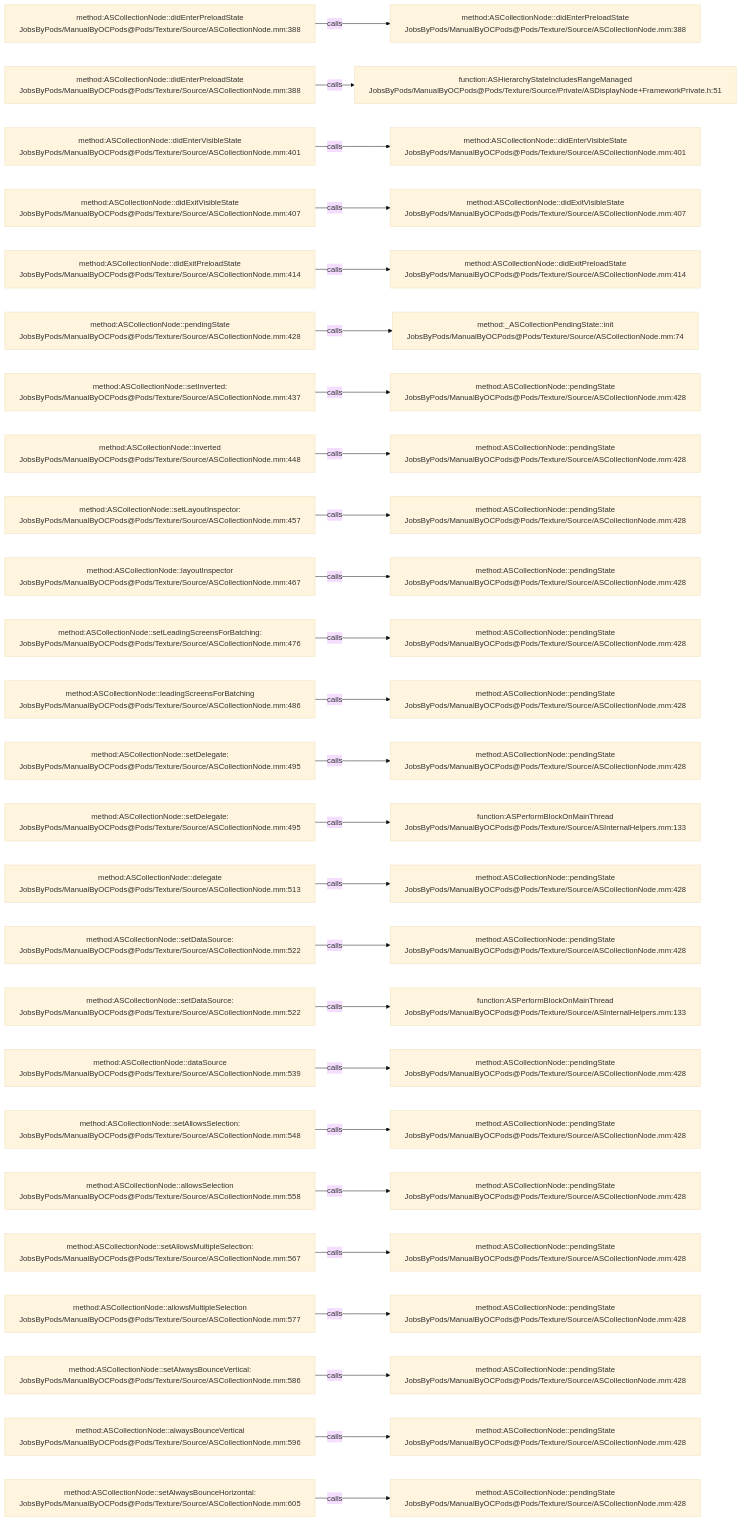
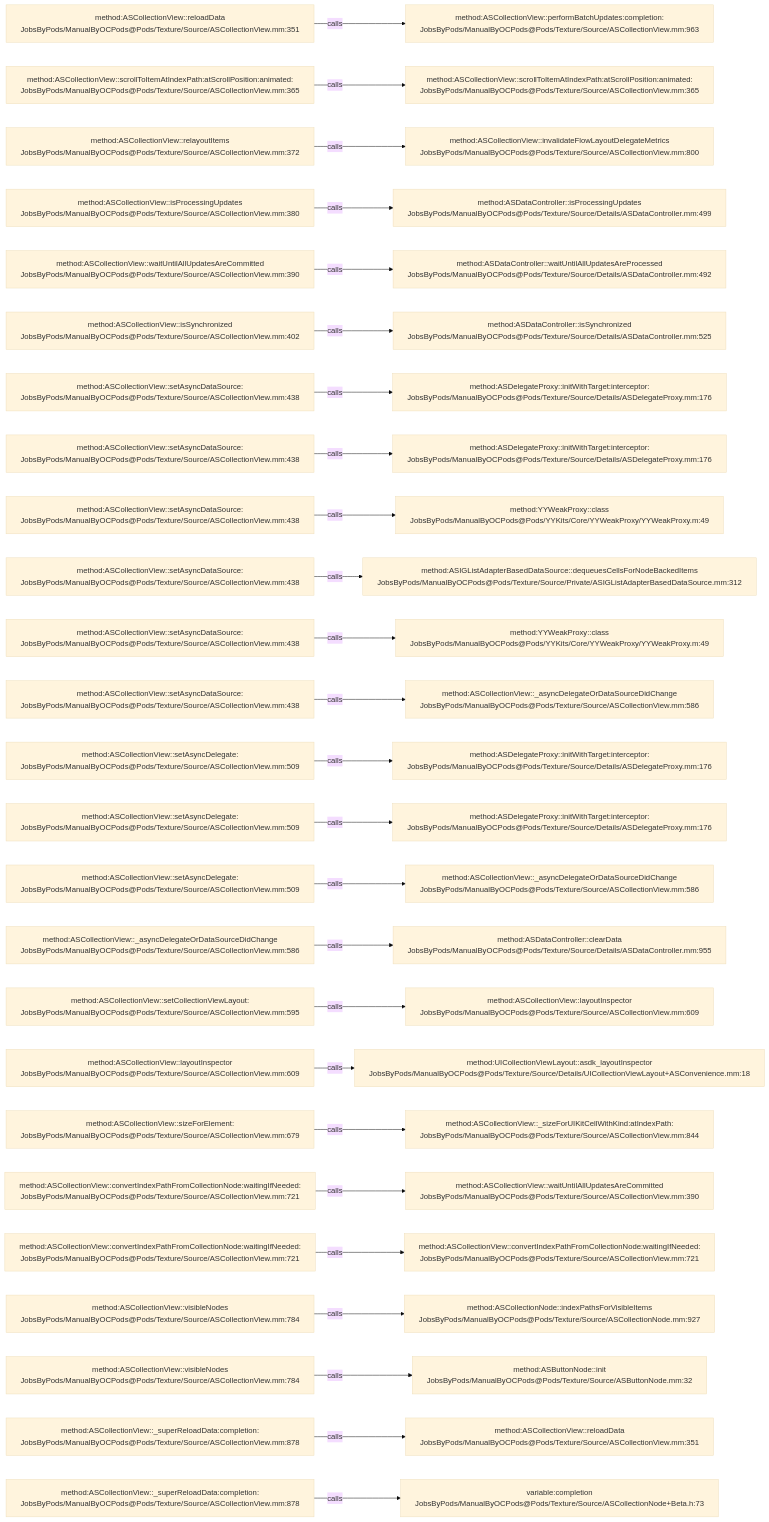
Before and after one commit to JobsKits/JobsOCBaseConfigDemo: the diagram in .codegraph/codegraph.md/graphs/calls-078.md, drawn with Mermaid (base theme). The commit also changed 1353 other files, not shown here.

````diff
--- a/.codegraph/codegraph.md/graphs/calls-078.md
+++ b/.codegraph/codegraph.md/graphs/calls-078.md
@@ -13,78 +13,78 @@
 ```mermaid
 flowchart LR
-  S1["method:ASCollectionNode::didEnterPreloadState<br/>JobsByPods/ManualByOCPods@Pods/Texture/Source/ASCollectionNode.mm:388"]
-  T1["method:ASCollectionNode::didEnterPreloadState<br/>JobsByPods/ManualByOCPods@Pods/Texture/Source/ASCollectionNode.mm:388"]
+  S1["method:ASCollectionView::reloadData<br/>JobsByPods/ManualByOCPods@Pods/Texture/Source/ASCollectionView.mm:351"]
+  T1["method:ASCollectionView::performBatchUpdates:completion:<br/>JobsByPods/ManualByOCPods@Pods/Texture/Source/ASCollectionView.mm:963"]
   S1 -->|calls| T1
-  S2["method:ASCollectionNode::didEnterPreloadState<br/>JobsByPods/ManualByOCPods@Pods/Texture/Source/ASCollectionNode.mm:388"]
-  T2["function:ASHierarchyStateIncludesRangeManaged<br/>JobsByPods/ManualByOCPods@Pods/Texture/Source/Private/ASDisplayNode+FrameworkPrivate.h:51"]
+  S2["method:ASCollectionView::scrollToItemAtIndexPath:atScrollPosition:animated:<br/>JobsByPods/ManualByOCPods@Pods/Texture/Source/ASCollectionView.mm:365"]
+  T2["method:ASCollectionView::scrollToItemAtIndexPath:atScrollPosition:animated:<br/>JobsByPods/ManualByOCPods@Pods/Texture/Source/ASCollectionView.mm:365"]
   S2 -->|calls| T2
-  S3["method:ASCollectionNode::didEnterVisibleState<br/>JobsByPods/ManualByOCPods@Pods/Texture/Source/ASCollectionNode.mm:401"]
-  T3["method:ASCollectionNode::didEnterVisibleState<br/>JobsByPods/ManualByOCPods@Pods/Texture/Source/ASCollectionNode.mm:401"]
+  S3["method:ASCollectionView::relayoutItems<br/>JobsByPods/ManualByOCPods@Pods/Texture/Source/ASCollectionView.mm:372"]
+  T3["method:ASCollectionView::invalidateFlowLayoutDelegateMetrics<br/>JobsByPods/ManualByOCPods@Pods/Texture/Source/ASCollectionView.mm:800"]
   S3 -->|calls| T3
-  S4["method:ASCollectionNode::didExitVisibleState<br/>JobsByPods/ManualByOCPods@Pods/Texture/Source/ASCollectionNode.mm:407"]
-  T4["method:ASCollectionNode::didExitVisibleState<br/>JobsByPods/ManualByOCPods@Pods/Texture/Source/ASCollectionNode.mm:407"]
+  S4["method:ASCollectionView::isProcessingUpdates<br/>JobsByPods/ManualByOCPods@Pods/Texture/Source/ASCollectionView.mm:380"]
+  T4["method:ASDataController::isProcessingUpdates<br/>JobsByPods/ManualByOCPods@Pods/Texture/Source/Details/ASDataController.mm:499"]
   S4 -->|calls| T4
-  S5["method:ASCollectionNode::didExitPreloadState<br/>JobsByPods/ManualByOCPods@Pods/Texture/Source/ASCollectionNode.mm:414"]
-  T5["method:ASCollectionNode::didExitPreloadState<br/>JobsByPods/ManualByOCPods@Pods/Texture/Source/ASCollectionNode.mm:414"]
+  S5["method:ASCollectionView::waitUntilAllUpdatesAreCommitted<br/>JobsByPods/ManualByOCPods@Pods/Texture/Source/ASCollectionView.mm:390"]
+  T5["method:ASDataController::waitUntilAllUpdatesAreProcessed<br/>JobsByPods/ManualByOCPods@Pods/Texture/Source/Details/ASDataController.mm:492"]
   S5 -->|calls| T5
-  S6["method:ASCollectionNode::pendingState<br/>JobsByPods/ManualByOCPods@Pods/Texture/Source/ASCollectionNode.mm:428"]
-  T6["method:_ASCollectionPendingState::init<br/>JobsByPods/ManualByOCPods@Pods/Texture/Source/ASCollectionNode.mm:74"]
+  S6["method:ASCollectionView::isSynchronized<br/>JobsByPods/ManualByOCPods@Pods/Texture/Source/ASCollectionView.mm:402"]
+  T6["method:ASDataController::isSynchronized<br/>JobsByPods/ManualByOCPods@Pods/Texture/Source/Details/ASDataController.mm:525"]
   S6 -->|calls| T6
-  S7["method:ASCollectionNode::setInverted:<br/>JobsByPods/ManualByOCPods@Pods/Texture/Source/ASCollectionNode.mm:437"]
-  T7["method:ASCollectionNode::pendingState<br/>JobsByPods/ManualByOCPods@Pods/Texture/Source/ASCollectionNode.mm:428"]
+  S7["method:ASCollectionView::setAsyncDataSource:<br/>JobsByPods/ManualByOCPods@Pods/Texture/Source/ASCollectionView.mm:438"]
+  T7["method:ASDelegateProxy::initWithTarget:interceptor:<br/>JobsByPods/ManualByOCPods@Pods/Texture/Source/Details/ASDelegateProxy.mm:176"]
   S7 -->|calls| T7
-  S8["method:ASCollectionNode::inverted<br/>JobsByPods/ManualByOCPods@Pods/Texture/Source/ASCollectionNode.mm:448"]
-  T8["method:ASCollectionNode::pendingState<br/>JobsByPods/ManualByOCPods@Pods/Texture/Source/ASCollectionNode.mm:428"]
+  S8["method:ASCollectionView::setAsyncDataSource:<br/>JobsByPods/ManualByOCPods@Pods/Texture/Source/ASCollectionView.mm:438"]
+  T8["method:ASDelegateProxy::initWithTarget:interceptor:<br/>JobsByPods/ManualByOCPods@Pods/Texture/Source/Details/ASDelegateProxy.mm:176"]
   S8 -->|calls| T8
-  S9["method:ASCollectionNode::setLayoutInspector:<br/>JobsByPods/ManualByOCPods@Pods/Texture/Source/ASCollectionNode.mm:457"]
-  T9["method:ASCollectionNode::pendingState<br/>JobsByPods/ManualByOCPods@Pods/Texture/Source/ASCollectionNode.mm:428"]
+  S9["method:ASCollectionView::setAsyncDataSource:<br/>JobsByPods/ManualByOCPods@Pods/Texture/Source/ASCollectionView.mm:438"]
+  T9["method:YYWeakProxy::class<br/>JobsByPods/ManualByOCPods@Pods/YYKits/Core/YYWeakProxy/YYWeakProxy.m:49"]
   S9 -->|calls| T9
-  S10["method:ASCollectionNode::layoutInspector<br/>JobsByPods/ManualByOCPods@Pods/Texture/Source/ASCollectionNode.mm:467"]
-  T10["method:ASCollectionNode::pendingState<br/>JobsByPods/ManualByOCPods@Pods/Texture/Source/ASCollectionNode.mm:428"]
+  S10["method:ASCollectionView::setAsyncDataSource:<br/>JobsByPods/ManualByOCPods@Pods/Texture/Source/ASCollectionView.mm:438"]
+  T10["method:ASIGListAdapterBasedDataSource::dequeuesCellsForNodeBackedItems<br/>JobsByPods/ManualByOCPods@Pods/Texture/Source/Private/ASIGListAdapterBasedDataSource.mm:312"]
   S10 -->|calls| T10
-  S11["method:ASCollectionNode::setLeadingScreensForBatching:<br/>JobsByPods/ManualByOCPods@Pods/Texture/Source/ASCollectionNode.mm:476"]
-  T11["method:ASCollectionNode::pendingState<br/>JobsByPods/ManualByOCPods@Pods/Texture/Source/ASCollectionNode.mm:428"]
+  S11["method:ASCollectionView::setAsyncDataSource:<br/>JobsByPods/ManualByOCPods@Pods/Texture/Source/ASCollectionView.mm:438"]
+  T11["method:YYWeakProxy::class<br/>JobsByPods/ManualByOCPods@Pods/YYKits/Core/YYWeakProxy/YYWeakProxy.m:49"]
   S11 -->|calls| T11
-  S12["method:ASCollectionNode::leadingScreensForBatching<br/>JobsByPods/ManualByOCPods@Pods/Texture/Source/ASCollectionNode.mm:486"]
-  T12["method:ASCollectionNode::pendingState<br/>JobsByPods/ManualByOCPods@Pods/Texture/Source/ASCollectionNode.mm:428"]
+  S12["method:ASCollectionView::setAsyncDataSource:<br/>JobsByPods/ManualByOCPods@Pods/Texture/Source/ASCollectionView.mm:438"]
+  T12["method:ASCollectionView::_asyncDelegateOrDataSourceDidChange<br/>JobsByPods/ManualByOCPods@Pods/Texture/Source/ASCollectionView.mm:586"]
   S12 -->|calls| T12
-  S13["method:ASCollectionNode::setDelegate:<br/>JobsByPods/ManualByOCPods@Pods/Texture/Source/ASCollectionNode.mm:495"]
-  T13["method:ASCollectionNode::pendingState<br/>JobsByPods/ManualByOCPods@Pods/Texture/Source/ASCollectionNode.mm:428"]
+  S13["method:ASCollectionView::setAsyncDelegate:<br/>JobsByPods/ManualByOCPods@Pods/Texture/Source/ASCollectionView.mm:509"]
+  T13["method:ASDelegateProxy::initWithTarget:interceptor:<br/>JobsByPods/ManualByOCPods@Pods/Texture/Source/Details/ASDelegateProxy.mm:176"]
   S13 -->|calls| T13
-  S14["method:ASCollectionNode::setDelegate:<br/>JobsByPods/ManualByOCPods@Pods/Texture/Source/ASCollectionNode.mm:495"]
-  T14["function:ASPerformBlockOnMainThread<br/>JobsByPods/ManualByOCPods@Pods/Texture/Source/ASInternalHelpers.mm:133"]
+  S14["method:ASCollectionView::setAsyncDelegate:<br/>JobsByPods/ManualByOCPods@Pods/Texture/Source/ASCollectionView.mm:509"]
+  T14["method:ASDelegateProxy::initWithTarget:interceptor:<br/>JobsByPods/ManualByOCPods@Pods/Texture/Source/Details/ASDelegateProxy.mm:176"]
   S14 -->|calls| T14
-  S15["method:ASCollectionNode::delegate<br/>JobsByPods/ManualByOCPods@Pods/Texture/Source/ASCollectionNode.mm:513"]
-  T15["method:ASCollectionNode::pendingState<br/>JobsByPods/ManualByOCPods@Pods/Texture/Source/ASCollectionNode.mm:428"]
+  S15["method:ASCollectionView::setAsyncDelegate:<br/>JobsByPods/ManualByOCPods@Pods/Texture/Source/ASCollectionView.mm:509"]
+  T15["method:ASCollectionView::_asyncDelegateOrDataSourceDidChange<br/>JobsByPods/ManualByOCPods@Pods/Texture/Source/ASCollectionView.mm:586"]
   S15 -->|calls| T15
-  S16["method:ASCollectionNode::setDataSource:<br/>JobsByPods/ManualByOCPods@Pods/Texture/Source/ASCollectionNode.mm:522"]
-  T16["method:ASCollectionNode::pendingState<br/>JobsByPods/ManualByOCPods@Pods/Texture/Source/ASCollectionNode.mm:428"]
+  S16["method:ASCollectionView::_asyncDelegateOrDataSourceDidChange<br/>JobsByPods/ManualByOCPods@Pods/Texture/Source/ASCollectionView.mm:586"]
+  T16["method:ASDataController::clearData<br/>JobsByPods/ManualByOCPods@Pods/Texture/Source/Details/ASDataController.mm:955"]
   S16 -->|calls| T16
-  S17["method:ASCollectionNode::setDataSource:<br/>JobsByPods/ManualByOCPods@Pods/Texture/Source/ASCollectionNode.mm:522"]
-  T17["function:ASPerformBlockOnMainThread<br/>JobsByPods/ManualByOCPods@Pods/Texture/Source/ASInternalHelpers.mm:133"]
+  S17["method:ASCollectionView::setCollectionViewLayout:<br/>JobsByPods/ManualByOCPods@Pods/Texture/Source/ASCollectionView.mm:595"]
+  T17["method:ASCollectionView::layoutInspector<br/>JobsByPods/ManualByOCPods@Pods/Texture/Source/ASCollectionView.mm:609"]
   S17 -->|calls| T17
-  S18["method:ASCollectionNode::dataSource<br/>JobsByPods/ManualByOCPods@Pods/Texture/Source/ASCollectionNode.mm:539"]
-  T18["method:ASCollectionNode::pendingState<br/>JobsByPods/ManualByOCPods@Pods/Texture/Source/ASCollectionNode.mm:428"]
+  S18["method:ASCollectionView::layoutInspector<br/>JobsByPods/ManualByOCPods@Pods/Texture/Source/ASCollectionView.mm:609"]
+  T18["method:UICollectionViewLayout::asdk_layoutInspector<br/>JobsByPods/ManualByOCPods@Pods/Texture/Source/Details/UICollectionViewLayout+ASConvenience.mm:18"]
   S18 -->|calls| T18
-  S19["method:ASCollectionNode::setAllowsSelection:<br/>JobsByPods/ManualByOCPods@Pods/Texture/Source/ASCollectionNode.mm:548"]
-  T19["method:ASCollectionNode::pendingState<br/>JobsByPods/ManualByOCPods@Pods/Texture/Source/ASCollectionNode.mm:428"]
+  S19["method:ASCollectionView::sizeForElement:<br/>JobsByPods/ManualByOCPods@Pods/Texture/Source/ASCollectionView.mm:679"]
+  T19["method:ASCollectionView::_sizeForUIKitCellWithKind:atIndexPath:<br/>JobsByPods/ManualByOCPods@Pods/Texture/Source/ASCollectionView.mm:844"]
   S19 -->|calls| T19
-  S20["method:ASCollectionNode::allowsSelection<br/>JobsByPods/ManualByOCPods@Pods/Texture/Source/ASCollectionNode.mm:558"]
-  T20["method:ASCollectionNode::pendingState<br/>JobsByPods/ManualByOCPods@Pods/Texture/Source/ASCollectionNode.mm:428"]
+  S20["method:ASCollectionView::convertIndexPathFromCollectionNode:waitingIfNeeded:<br/>JobsByPods/ManualByOCPods@Pods/Texture/Source/ASCollectionView.mm:721"]
+  T20["method:ASCollectionView::waitUntilAllUpdatesAreCommitted<br/>JobsByPods/ManualByOCPods@Pods/Texture/Source/ASCollectionView.mm:390"]
   S20 -->|calls| T20
-  S21["method:ASCollectionNode::setAllowsMultipleSelection:<br/>JobsByPods/ManualByOCPods@Pods/Texture/Source/ASCollectionNode.mm:567"]
-  T21["method:ASCollectionNode::pendingState<br/>JobsByPods/ManualByOCPods@Pods/Texture/Source/ASCollectionNode.mm:428"]
+  S21["method:ASCollectionView::convertIndexPathFromCollectionNode:waitingIfNeeded:<br/>JobsByPods/ManualByOCPods@Pods/Texture/Source/ASCollectionView.mm:721"]
+  T21["method:ASCollectionView::convertIndexPathFromCollectionNode:waitingIfNeeded:<br/>JobsByPods/ManualByOCPods@Pods/Texture/Source/ASCollectionView.mm:721"]
   S21 -->|calls| T21
-  S22["method:ASCollectionNode::allowsMultipleSelection<br/>JobsByPods/ManualByOCPods@Pods/Texture/Source/ASCollectionNode.mm:577"]
-  T22["method:ASCollectionNode::pendingState<br/>JobsByPods/ManualByOCPods@Pods/Texture/Source/ASCollectionNode.mm:428"]
+  S22["method:ASCollectionView::visibleNodes<br/>JobsByPods/ManualByOCPods@Pods/Texture/Source/ASCollectionView.mm:784"]
+  T22["method:ASCollectionNode::indexPathsForVisibleItems<br/>JobsByPods/ManualByOCPods@Pods/Texture/Source/ASCollectionNode.mm:927"]
   S22 -->|calls| T22
-  S23["method:ASCollectionNode::setAlwaysBounceVertical:<br/>JobsByPods/ManualByOCPods@Pods/Texture/Source/ASCollectionNode.mm:586"]
-  T23["method:ASCollectionNode::pendingState<br/>JobsByPods/ManualByOCPods@Pods/Texture/Source/ASCollectionNode.mm:428"]
+  S23["method:ASCollectionView::visibleNodes<br/>JobsByPods/ManualByOCPods@Pods/Texture/Source/ASCollectionView.mm:784"]
+  T23["method:ASButtonNode::init<br/>JobsByPods/ManualByOCPods@Pods/Texture/Source/ASButtonNode.mm:32"]
   S23 -->|calls| T23
-  S24["method:ASCollectionNode::alwaysBounceVertical<br/>JobsByPods/ManualByOCPods@Pods/Texture/Source/ASCollectionNode.mm:596"]
-  T24["method:ASCollectionNode::pendingState<br/>JobsByPods/ManualByOCPods@Pods/Texture/Source/ASCollectionNode.mm:428"]
+  S24["method:ASCollectionView::_superReloadData:completion:<br/>JobsByPods/ManualByOCPods@Pods/Texture/Source/ASCollectionView.mm:878"]
+  T24["method:ASCollectionView::reloadData<br/>JobsByPods/ManualByOCPods@Pods/Texture/Source/ASCollectionView.mm:351"]
   S24 -->|calls| T24
-  S25["method:ASCollectionNode::setAlwaysBounceHorizontal:<br/>JobsByPods/ManualByOCPods@Pods/Texture/Source/ASCollectionNode.mm:605"]
-  T25["method:ASCollectionNode::pendingState<br/>JobsByPods/ManualByOCPods@Pods/Texture/Source/ASCollectionNode.mm:428"]
+  S25["method:ASCollectionView::_superReloadData:completion:<br/>JobsByPods/ManualByOCPods@Pods/Texture/Source/ASCollectionView.mm:878"]
+  T25["variable:completion<br/>JobsByPods/ManualByOCPods@Pods/Texture/Source/ASCollectionNode+Beta.h:73"]
   S25 -->|calls| T25
 ```
````
